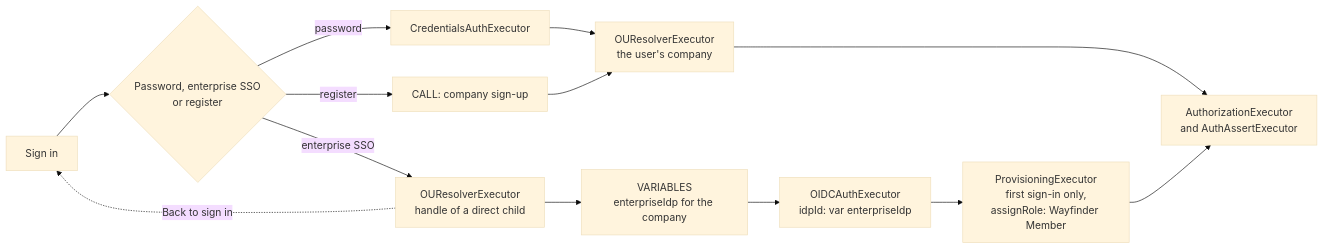
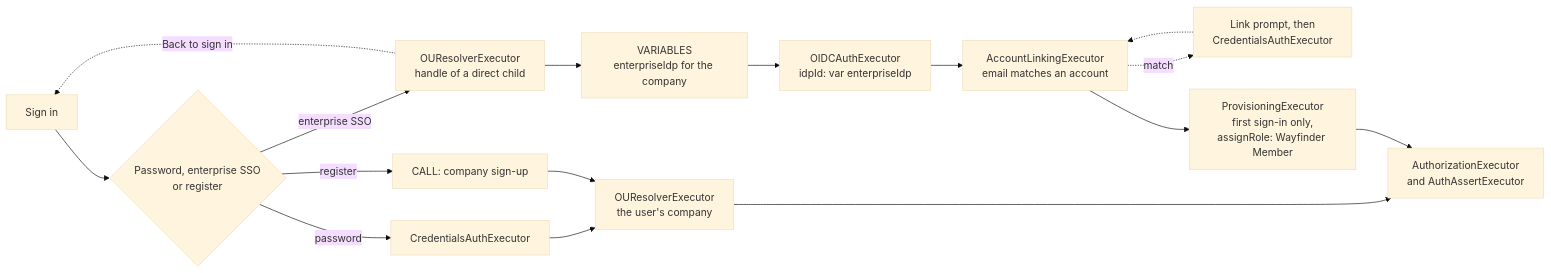
One commit to thunder-id/samples changed the second of 2 diagrams in b2b/wayfinder-enterprise/README.md. Above: the diagram before and after it, drawn with Mermaid (base theme). The commit also changed other lines of this file and 6 other files, not shown here.

Commit message:
Add account linking support

````diff
--- a/b2b/wayfinder-enterprise/README.md
+++ b/b2b/wayfinder-enterprise/README.md
@@ -178,15 +179,18 @@
 ```mermaid
 flowchart LR
     S[Sign in] --> P{Password, enterprise SSO<br/>or register}
     P -->|register| R[CALL: company sign-up]
     P -->|password| C[CredentialsAuthExecutor]
     P -->|enterprise SSO| O[OUResolverExecutor<br/>handle of a direct child]
     O -.->|Back to sign in| S
     O --> V[VARIABLES<br/>enterpriseIdp for the company]
     V --> I[OIDCAuthExecutor<br/>idpId: var enterpriseIdp]
-    I --> J[ProvisioningExecutor<br/>first sign-in only,<br/>assignRole: Wayfinder Member]
+    I --> L[AccountLinkingExecutor<br/>email matches an account]
+    L -.->|match| K[Link prompt, then<br/>CredentialsAuthExecutor]
+    K -.-> L
+    L --> J[ProvisioningExecutor<br/>first sign-in only,<br/>assignRole: Wayfinder Member]
     C --> U[OUResolverExecutor<br/>the user's company]
     R --> U
     U --> Z[AuthorizationExecutor<br/>and AuthAssertExecutor]
     J --> Z
 ```
````
